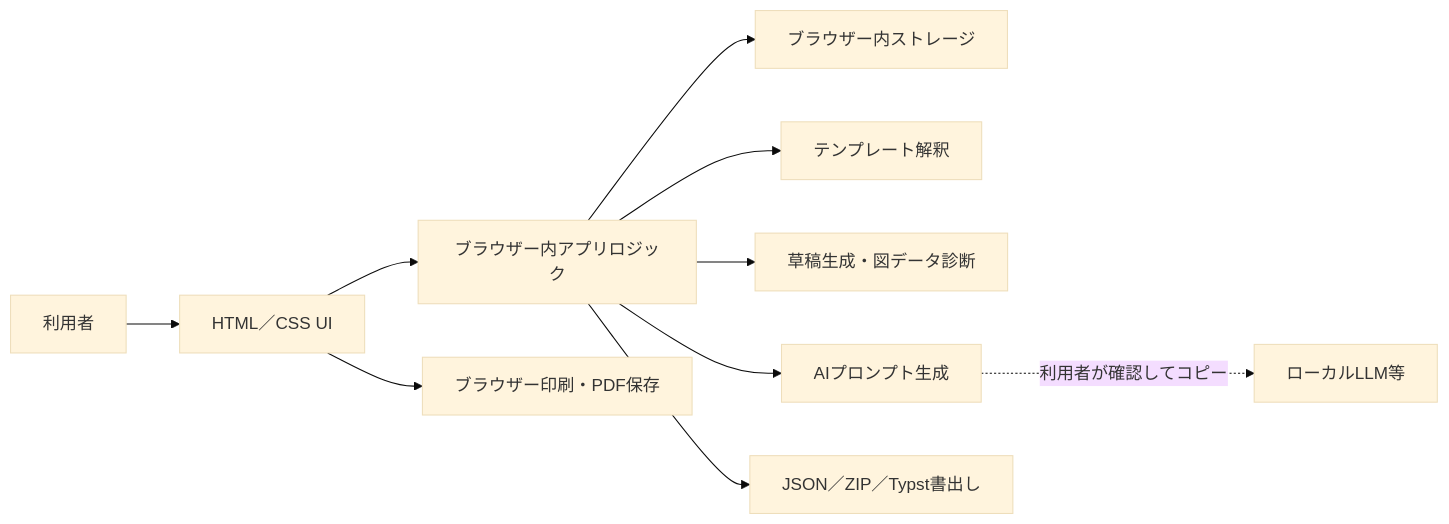
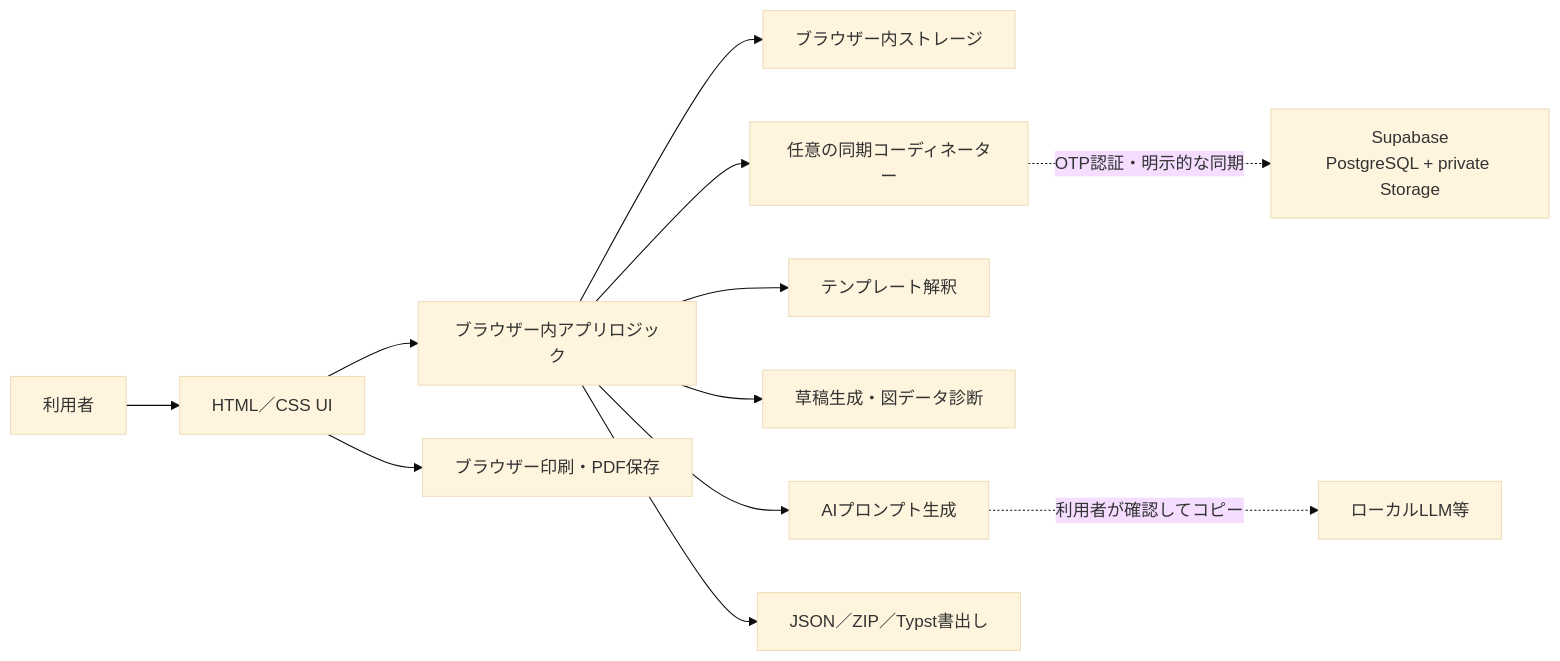
One commit to yuya-0411/paper_tools changed the diagram in docs/architecture.md. Above: the diagram before and after it, drawn with Mermaid (base theme). The commit also changed other lines of this file and 21 other files, not shown here.

````diff
--- a/docs/architecture.md
+++ b/docs/architecture.md
@@ -17,12 +19,14 @@
 ```mermaid
 flowchart LR
     U["利用者"] --> UI["HTML／CSS UI"]
     UI --> A["ブラウザー内アプリロジック"]
     A --> S["ブラウザー内ストレージ"]
+    A --> C["任意の同期コーディネーター"]
+    C -. "OTP認証・明示的な同期" .-> D["Supabase<br/>PostgreSQL + private Storage"]
     A --> T["テンプレート解釈"]
     A --> R["草稿生成・図データ診断"]
     A --> L["AIプロンプト生成"]
     A --> E["JSON／ZIP／Typst書出し"]
     UI --> P["ブラウザー印刷・PDF保存"]
     L -. "利用者が確認してコピー" .-> X["ローカルLLM等"]
 ```
````
